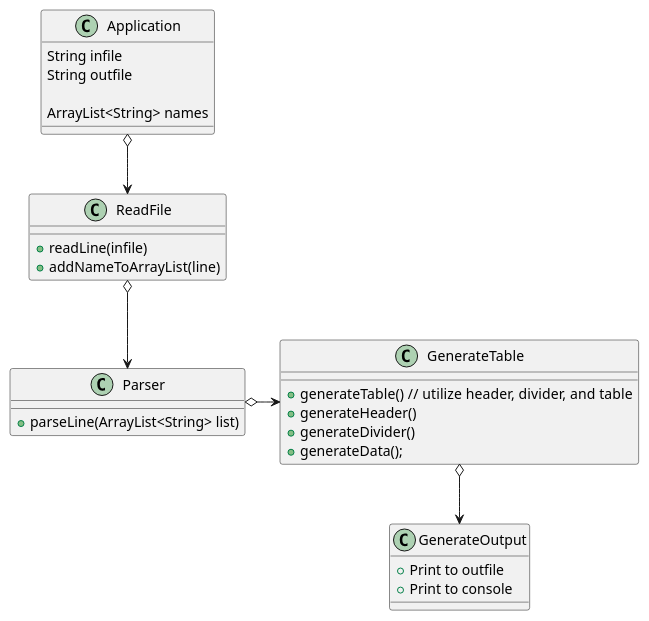
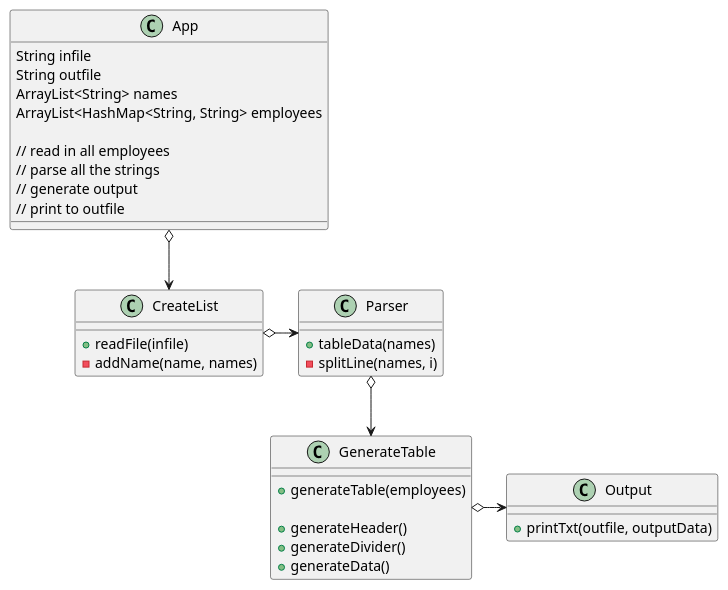
Before and after one commit to savosburn/osburn-cop3330-assignment3: the diagram in src/main/java/oop/assignment3/ex42/assignment3_ex42_diagram.puml, drawn with PlantUML. The commit also changed 5 other files, not shown here.

```diff
--- a/src/main/java/oop/assignment3/ex42/assignment3_ex42_diagram.puml
+++ b/src/main/java/oop/assignment3/ex42/assignment3_ex42_diagram.puml
@@ -1,41 +1,42 @@
 @startuml
-class Application{
+class App{
     String infile
     String outfile
+    ArrayList<String> names
+    ArrayList<HashMap<String, String> employees
 
-    ArrayList<String> names
+    // read in all employees
+    // parse all the strings
+    // generate output
+        // print to outfile
 
 }
 
-class ReadFile {
-    + readLine(infile)
-    + addNameToArrayList(line)
+class CreateList{
+    + readFile(infile)
+    - addName(name, names)
 }
 
 class Parser {
-
-    + parseLine(ArrayList<String> list)
-
-
+    + tableData(names)
+    - splitLine(names, i)
 }
 
-class GenerateOutput {
-
-    + Print to outfile
-    + Print to console
-
+class Output {
+    + printTxt(outfile, outputData)
 }
 
 class GenerateTable {
-     + generateTable() // utilize header, divider, and table
-    + generateHeader()
-    + generateDivider()
-    + generateData();
+   + generateTable(employees)
+
+   + generateHeader()
+   + generateDivider()
+   + generateData()
 }
 
-Application o--> ReadFile
-ReadFile o-->Parser
-Parser o-> GenerateTable
-GenerateTable o-->GenerateOutput
+App o--> CreateList
+CreateList o->Parser
+Parser o--> GenerateTable
+GenerateTable o->Output
 
 @enduml
```
